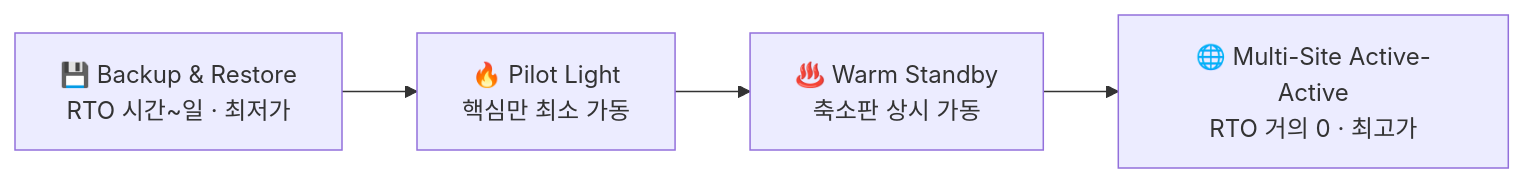
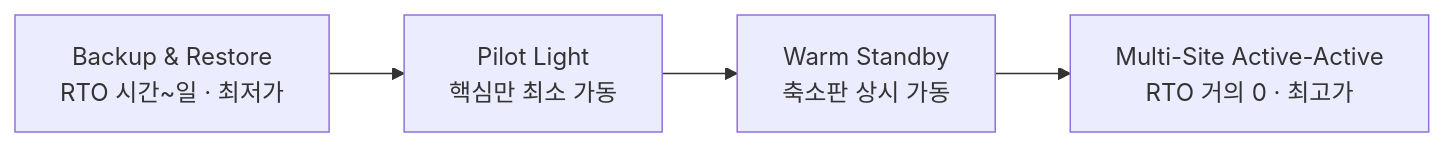
One commit to una0801/yoona-tech changed the second of 2 diagrams in contents/aws/storage/backup/index.mdx. Above: the diagram before and after it, drawn with Mermaid. The commit also changed other lines of this file and 56 other files, not shown here.

````diff
--- a/contents/aws/storage/backup/index.mdx
+++ b/contents/aws/storage/backup/index.mdx
@@ -101,8 +85,8 @@
 ```mermaid
 flowchart LR
-    A["💾 Backup & Restore<br/>RTO 시간~일 · 최저가"]
-    B["🔥 Pilot Light<br/>핵심만 최소 가동"]
-    C["♨️ Warm Standby<br/>축소판 상시 가동"]
-    D["🌐 Multi-Site Active-Active<br/>RTO 거의 0 · 최고가"]
+    A["Backup & Restore<br/>RTO 시간~일 · 최저가"]
+    B["Pilot Light<br/>핵심만 최소 가동"]
+    C["Warm Standby<br/>축소판 상시 가동"]
+    D["Multi-Site Active-Active<br/>RTO 거의 0 · 최고가"]
     A --> B --> C --> D
 ```
````
